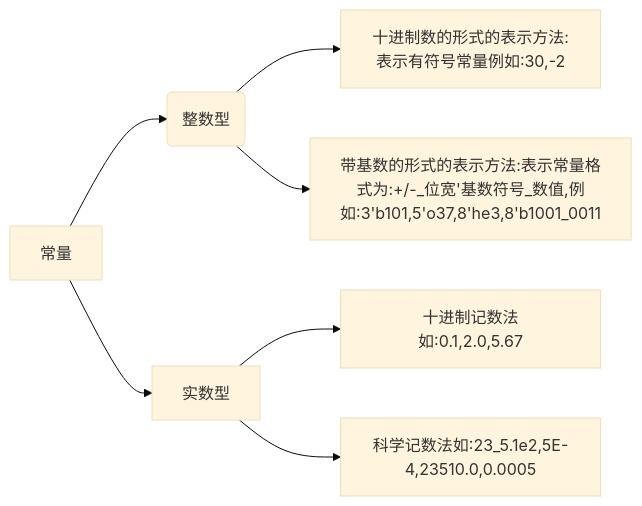
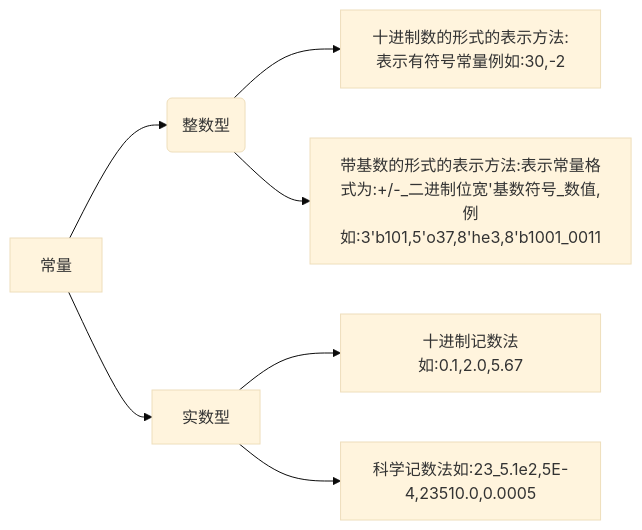
Before and after one commit to Septemus/Septemus.github.io: the diagram in math_electronic/index.md, drawn with Mermaid (base theme). The commit also changed other lines of this file and 9 other files, not shown here.

```diff
--- a/math_electronic/index.md
+++ b/math_electronic/index.md
@@ -381,9 +386,9 @@
 {{< mermaid >}}
     graph LR
 	常量--> A(整数型)
 	A-->十进制数的形式的表示方法:表示有符号常量例如:30,-2
-    A-->带基数的形式的表示方法:表示常量格式为:+/-_位宽'基数符号_数值,例如:3'b101,5'o37,8'he3,8'b1001_0011
+    A-->带基数的形式的表示方法:表示常量格式为:+/-_二进制位宽'基数符号_数值,例如:3'b101,5'o37,8'he3,8'b1001_0011
 	常量--> 实数型
 	实数型-->十进制记数法如:0.1,2.0,5.67
     实数型-->科学记数法如:23_5.1e2,5E-4,23510.0,0.0005
 {{< /mermaid >}}
```
